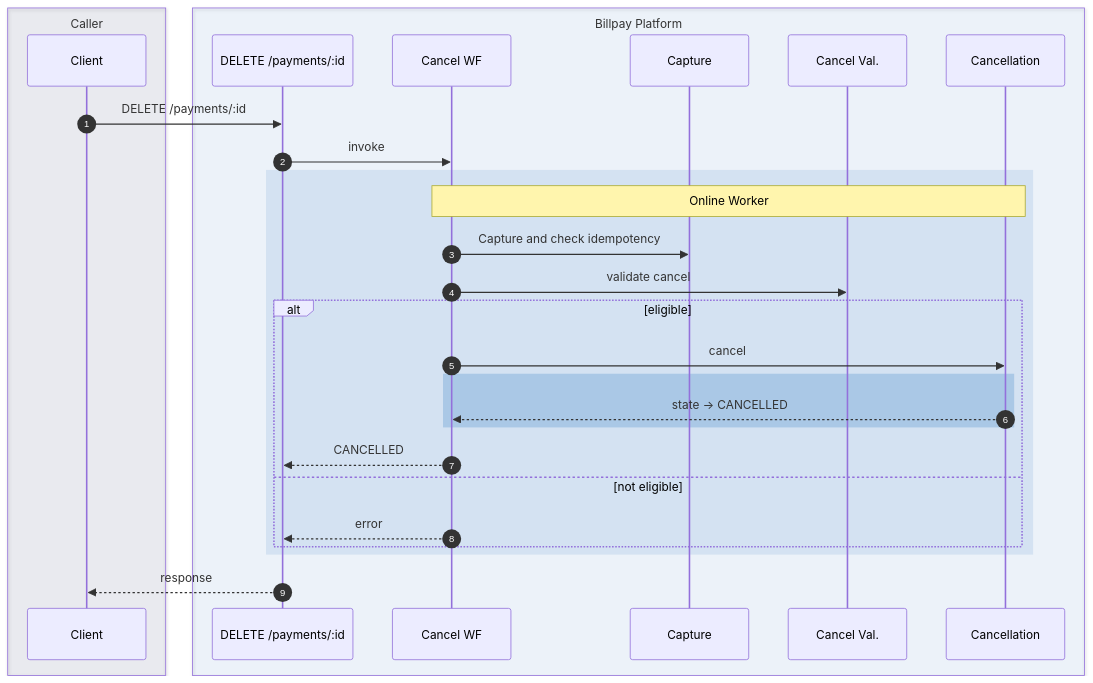
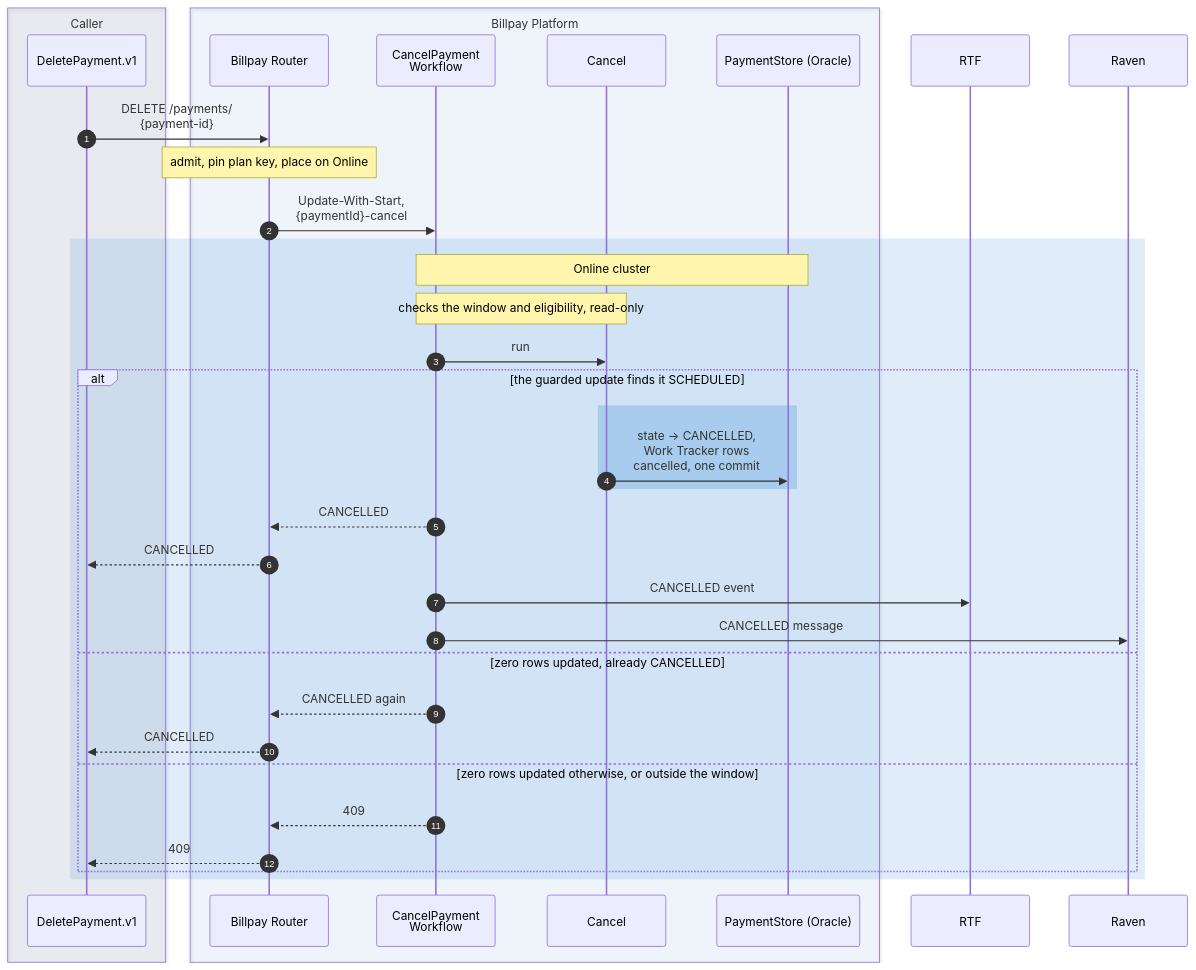
Before and after one commit to arunav-bhattacharya/billpay-book: the sixth of 13 diagrams in website/docs/design/sequence-diagrams.md, drawn with Mermaid. The commit also changed other lines of this file and 50 other files, not shown here.

````diff
--- a/website/docs/design/sequence-diagrams.md
+++ b/website/docs/design/sequence-diagrams.md
@@ -500,41 +406,48 @@
 ```mermaid
 ---
 config:
   fontFamily: "BentonSansUI, Helvetica, Arial, sans-serif"
   fontSize: 15
 ---
 sequenceDiagram
   autonumber
 
   box rgba(0,23,90,0.07) Caller
-    participant C as Client
+    participant OD as DeletePayment.v1
   end
 
-  box rgba(1,111,208,0.06) Billpay Platform
-    participant API as DELETE /payments/:id
-    participant CWF as Cancel WF
-    participant IDEMP as Capture
-    participant PCV as Cancel Val.
-    participant PCN as Cancellation
+  box rgba(0,111,207,0.05) Billpay Platform
+    participant R as Billpay Router
+    participant CW as CancelPayment<br/>Workflow
+    participant CAN as Cancel
+    participant PS as PaymentStore (Oracle)
   end
 
-  C->>API: DELETE /payments/:id
-  API->>CWF: invoke
+  participant RTF
+  participant RAV as Raven
 
-  rect rgba(1,91,179,0.10)
-    Note over CWF,PCN: Online Worker
-    CWF->>IDEMP: Capture and check idempotency
-    CWF->>PCV: validate cancel
-    alt eligible
-      CWF->>PCN: cancel
-      rect rgba(0,98,182,0.20)
-        PCN-->>CWF: state → CANCELLED
+  OD->>R: DELETE /payments/<br/>{payment-id}
+  Note over R: admit, pin plan key, place on Online
+  R->>CW: Update-With-Start,<br/>{paymentId}-cancel
+
+  rect rgba(0,111,207,0.12)
+    Note over CW,PS: Online cluster
+    Note over CW,CAN: checks the window and eligibility, read-only
+    CW->>CAN: run
+    alt the guarded update finds it SCHEDULED
+      rect rgba(102,169,226,0.40)
+        CAN->>PS: state → CANCELLED,<br/>Work Tracker rows<br/>cancelled, one commit
       end
-      CWF-->>API: CANCELLED
-    else not eligible
-      CWF-->>API: error
+      CW-->>R: CANCELLED
+      R-->>OD: CANCELLED
+      CW->>RTF: CANCELLED event
+      CW->>RAV: CANCELLED message
+    else zero rows updated, already CANCELLED
+      CW-->>R: CANCELLED again
+      R-->>OD: CANCELLED
+    else zero rows updated otherwise, or outside the window
+      CW-->>R: 409
+      R-->>OD: 409
     end
   end
-
-  API-->>C: response
 ```
````
